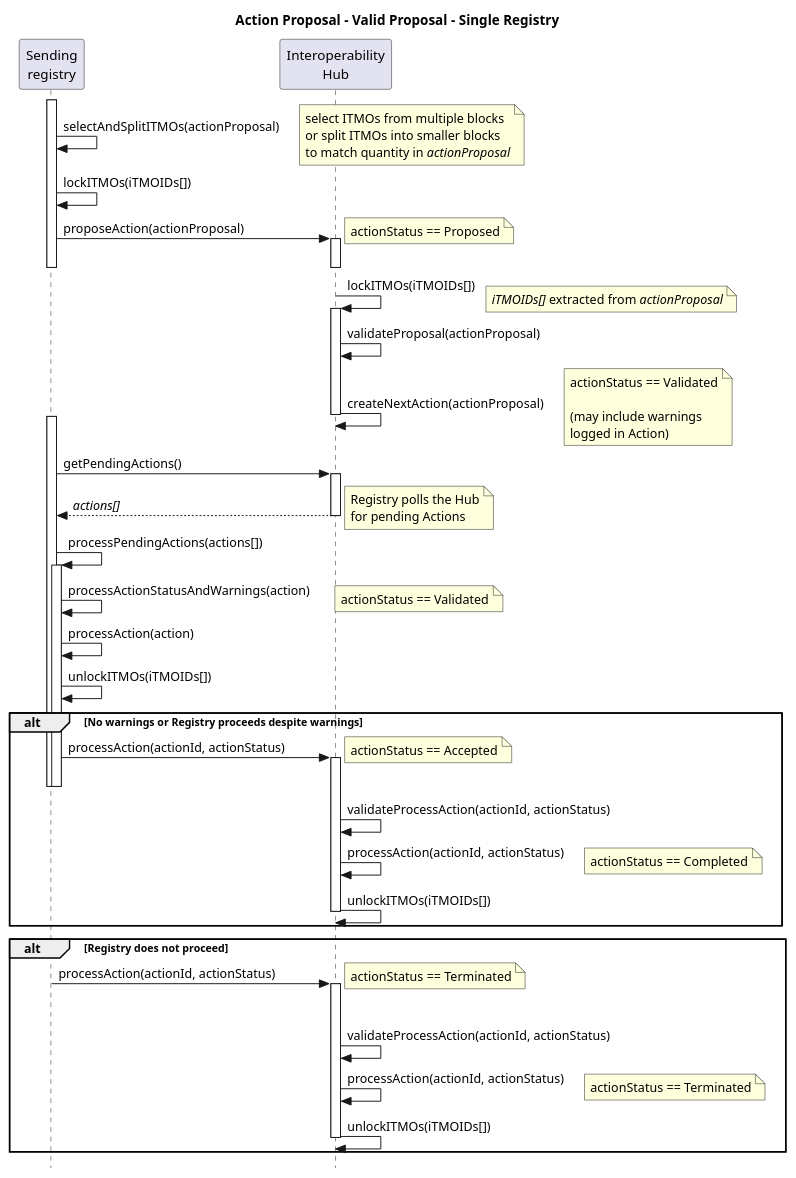
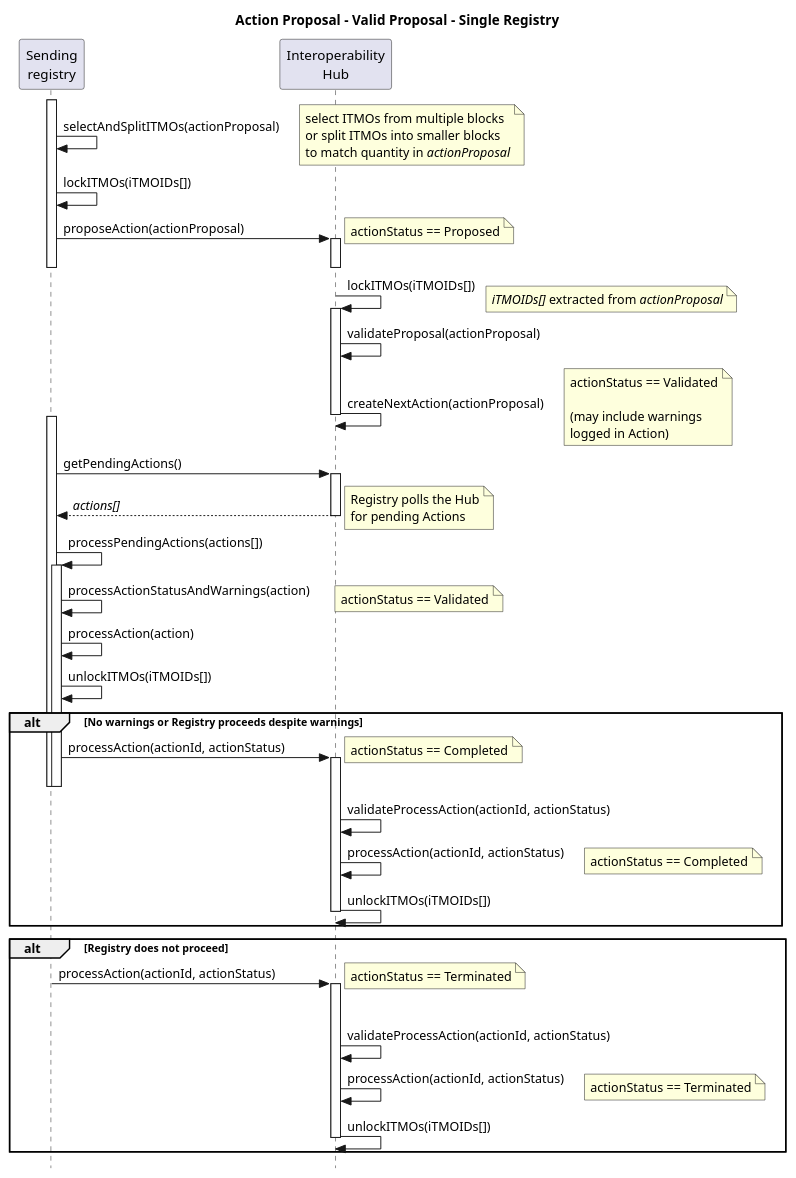
The diagram in diagrams/actionProposal_Valid_SingleReg_Sequence.puml (frankcnng/CARP), drawn with PlantUML before and after one commit.

Commit message:
Update actionProposal_Valid_SingleReg_Sequence.puml
Changed final registry action status from Accepted to Completed

```diff
--- a/diagrams/actionProposal_Valid_SingleReg_Sequence.puml
+++ b/diagrams/actionProposal_Valid_SingleReg_Sequence.puml
@@ -1,67 +1,67 @@
 @startuml actionProposal_Valid_SingleReg_Sequence
 
 title Action Proposal - Valid Proposal - Single Registry
 
 skinparam style strictuml
 
 participant "Sending\nregistry" as Sender
 participant "Interoperability\nHub" as Hub
 
 activate Sender
 Sender -> Sender: selectAndSplitITMOs(actionProposal)
 note right: select ITMOs from multiple blocks\nor split ITMOs into smaller blocks\nto match quantity in //actionProposal//
 
 Sender -> Sender: lockITMOs(iTMOIDs[])
 Sender -> Hub++ : proposeAction(actionProposal)
 note right: actionStatus == Proposed
 deactivate Hub
 deactivate Sender
 
 Hub -> Hub++: lockITMOs(iTMOIDs[])
 note right: //iTMOIDs[]// extracted from //actionProposal//
 
 Hub -> Hub: validateProposal(actionProposal)
 Hub -> Hub--: createNextAction(actionProposal)
 note right: actionStatus == Validated\n\n(may include warnings\nlogged in Action)
 
 activate Sender
 Sender -> Hub++ : getPendingActions()
 Sender <-- Hub--: //actions[]//
 note right: Registry polls the Hub\nfor pending Actions
 
 Sender -> Sender: processPendingActions(actions[])
 activate Sender
 Sender -> Sender: processActionStatusAndWarnings(action)
 note right: actionStatus == Validated
 Sender -> Sender: processAction(action)
 Sender -> Sender: unlockITMOs(iTMOIDs[])
 
 alt No warnings or Registry proceeds despite warnings
 
   Sender -> Hub++: processAction(actionId, actionStatus)
-  note right: actionStatus == Accepted
+  note right: actionStatus == Completed
   deactivate Sender
   deactivate Sender
   Hub -> Hub: validateProcessAction(actionId, actionStatus)
   Hub -> Hub: processAction(actionId, actionStatus)
   note right: actionStatus == Completed
   Hub -> Hub--: unlockITMOs(iTMOIDs[])
 
 end
 
 alt Registry does not proceed
 
   activate Sender
   activate Sender
   Sender -> Hub++: processAction(actionId, actionStatus)
   note right: actionStatus == Terminated
   deactivate Sender
   deactivate Sender
   Hub -> Hub: validateProcessAction(actionId, actionStatus)
   Hub -> Hub: processAction(actionId, actionStatus)
   note right: actionStatus == Terminated
   Hub -> Hub--: unlockITMOs(iTMOIDs[])
 
 end
 
 @enduml
```
